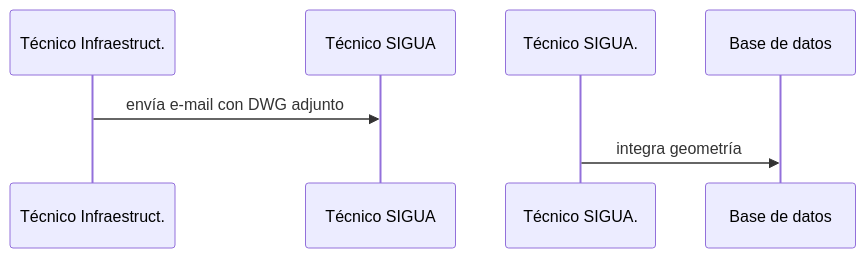
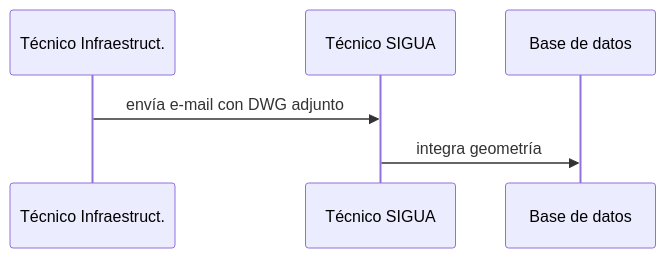
One commit to labgeo/ua-mods changed the diagram in ds01.md. Above: the diagram before and after it, drawn with Mermaid.

```diff
--- a/ds01.md
+++ b/ds01.md
@@ -5,5 +5,5 @@
 {% mermaid %}
 sequenceDiagram;
   Técnico Infraestruct.->>Técnico SIGUA: envía e-mail con DWG adjunto;
-  Técnico SIGUA.->>Base de datos: integra geometría;
+  Técnico SIGUA->>Base de datos: integra geometría;
 {% endmermaid %}
```
